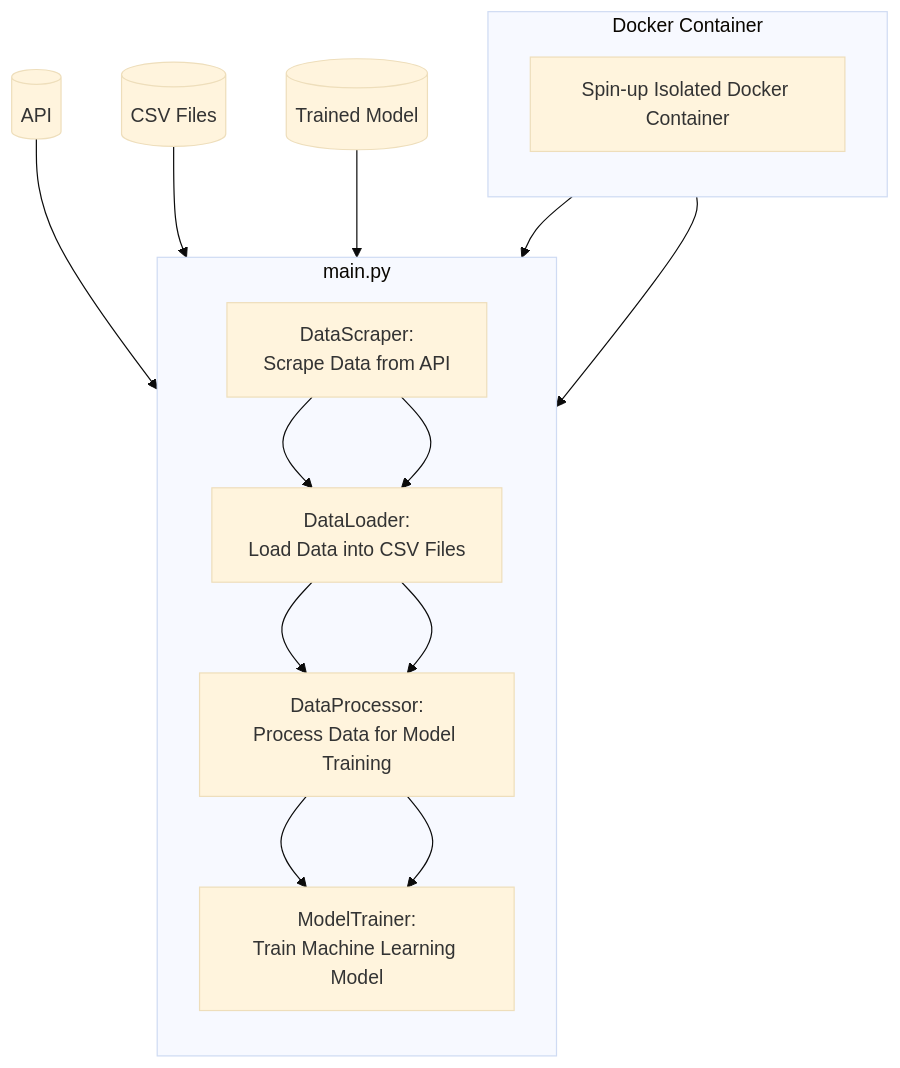
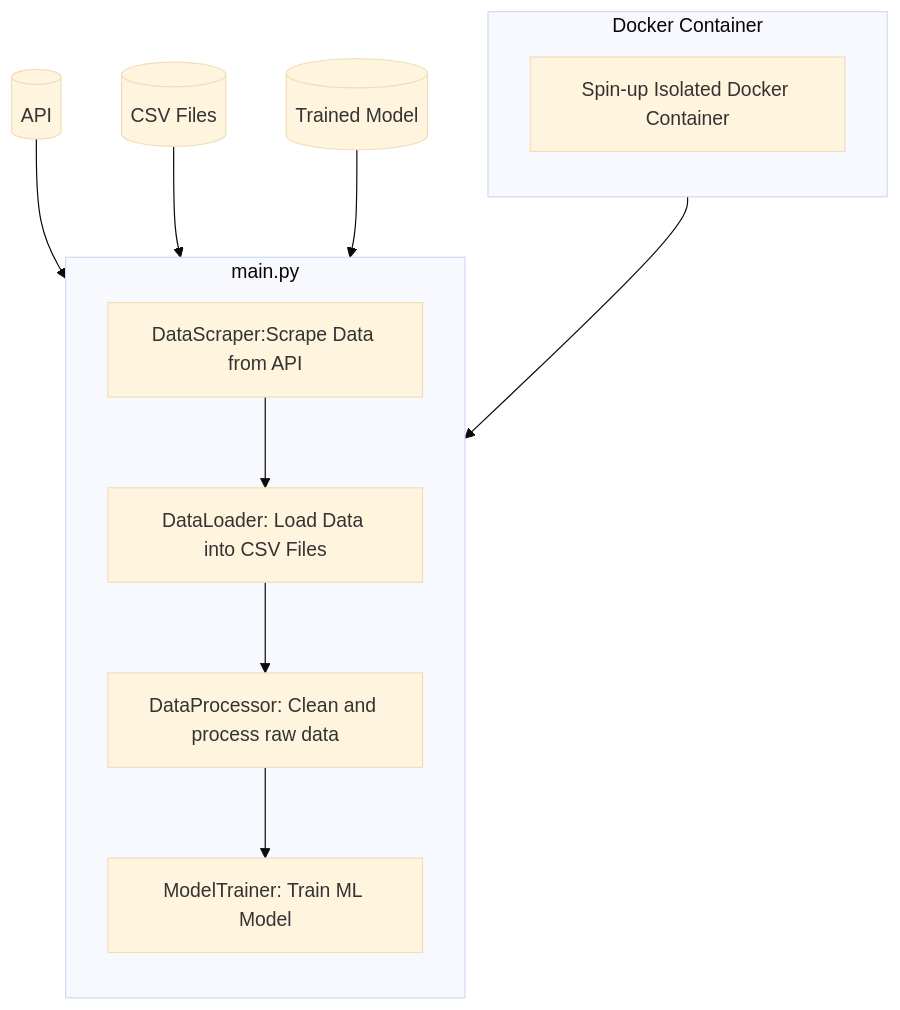
Before and after one commit to Lzwk16/URA_ML_pipeline: the diagram in README.MD, drawn with Mermaid (base theme).

Commit message:
reformat pipeline flow

````diff
--- a/README.MD
+++ b/README.MD
@@ -58,24 +58,19 @@
 ```mermaid
 flowchart TD
    subgraph Docker Container
    direction TB
       A[Spin-up Isolated Docker Container] 
    end
 
-   A --> B[DataScraper:\nScrape Data from API]
-   B --> C[DataLoader:\nLoad Data into CSV Files]
-   C --> D[DataProcessor:\nProcess Data for Model Training]
-   D --> E[ModelTrainer:\nTrain Machine Learning Model]
-
    subgraph main.py
       direction TB
-      A --> B
-      B --> C
-      C --> D
-      D --> E
+      A --> B[DataScraper:Scrape Data from API]
+      B --> C[DataLoader: Load Data into CSV Files]
+      C --> D[DataProcessor: Clean and process raw data]
+      D --> E[ModelTrainer: Train ML Model]
    end
    
    F[(API)] --> B
    G[(CSV Files)] --> D
    H[(Trained Model)] --> E
 ```
````
